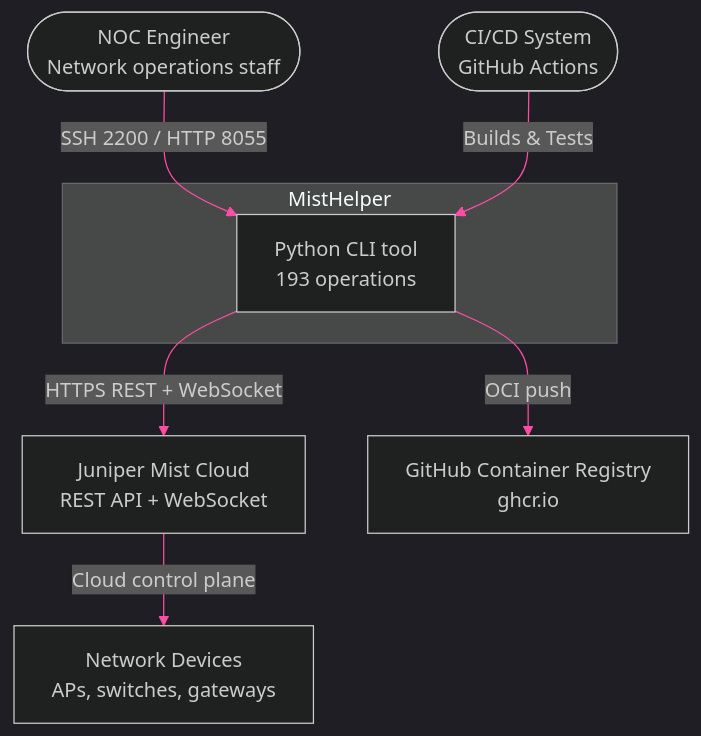
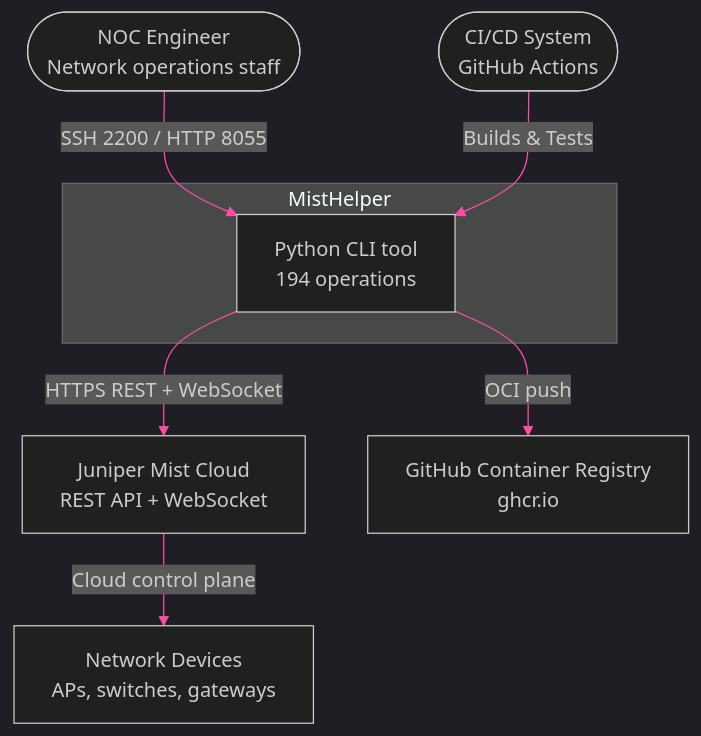
One commit to jmorrison-juniper/MistHelper changed the first of 3 diagrams in documentation/diagrams/core/architecture-overview.md. Above: the diagram before and after it, drawn with Mermaid. The commit also changed 7 other files, not shown here.

First line of the commit message:
docs: sync operation count 193->194 across README/copilot-instructions/diagrams/wiki

````diff
--- a/documentation/diagrams/core/architecture-overview.md
+++ b/documentation/diagrams/core/architecture-overview.md
@@ -11,28 +11,28 @@
 ```mermaid
 %%{init: {'theme': 'dark', 'themeVariables': {
   'primaryColor': '#E20074',
   'primaryTextColor': '#E0E0E0',
   'primaryBorderColor': '#99004D',
   'lineColor': '#FF4DA6',
   'secondaryColor': '#16213E',
   'tertiaryColor': '#1A1A2E',
   'fontFamily': 'ui-monospace, monospace'
 }}}%%
 flowchart TB
     noc_engineer(["NOC Engineer<br/>Network operations staff"])
     ci_system(["CI/CD System<br/>GitHub Actions"])
 
     subgraph misthelper["MistHelper"]
-        mh["Python CLI tool<br/>193 operations"]
+        mh["Python CLI tool<br/>194 operations"]
     end
 
     mist_cloud["Juniper Mist Cloud<br/>REST API + WebSocket"]
     ghcr["GitHub Container Registry<br/>ghcr.io"]
     network_devices["Network Devices<br/>APs, switches, gateways"]
 
     noc_engineer -->|"SSH 2200 / HTTP 8055"| mh
     ci_system -->|"Builds & Tests"| mh
     mh -->|"HTTPS REST + WebSocket"| mist_cloud
     mh -->|"OCI push"| ghcr
     mist_cloud -->|"Cloud control plane"| network_devices
 ```
````
